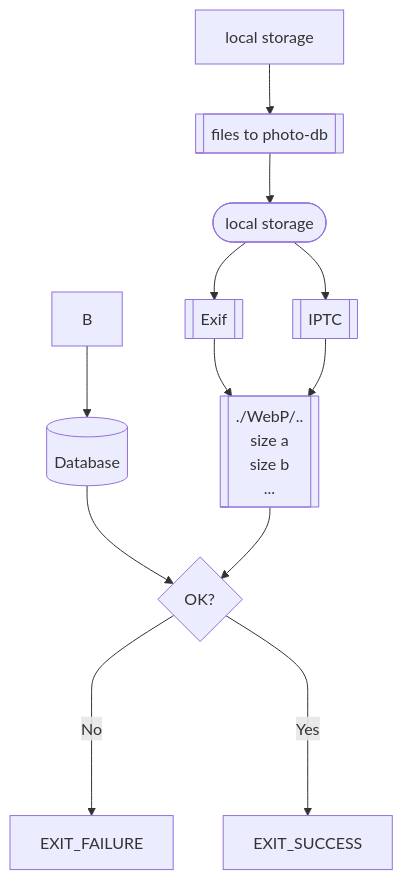
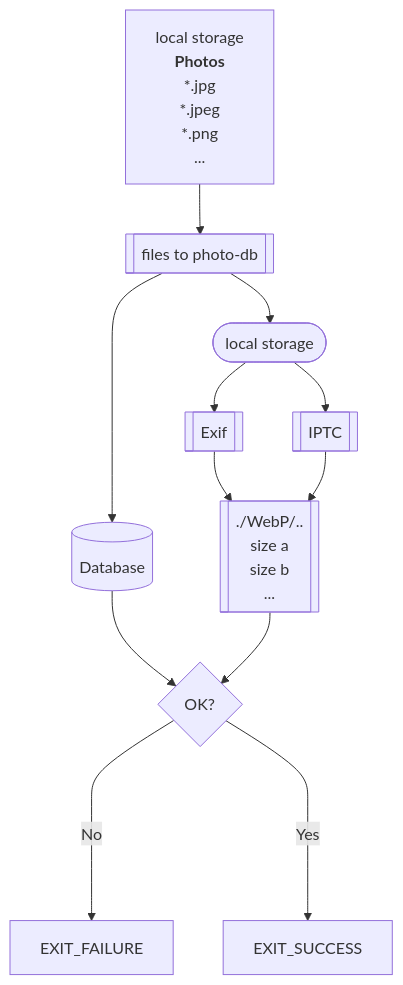
Before and after one commit to Zheng-Bote/qt_files_photo-gallery: the first of 6 diagrams in README.md, drawn with Mermaid. The commit also changed other lines of this file, not shown here.

Commit message:
upd: Mermaid

````diff
--- a/README.md
+++ b/README.md
@@ -316,14 +310,19 @@
 ```mermaid
 flowchart TD;
-  A[local storage] --> P[[files to photo-db]]
+  A["`local storage
+  **Photos**
+  *.jpg
+  *.jpeg
+  *.png
+  ...`"] --> P[[files to photo-db]]
   P --> S([local storage])
   S --> E[[Exif]] & I[[IPTC]] --> W[["`./WebP/..
   size a
   size b
   ...`"]]
-  B --> D[(Database)]
+  P --> D[(Database)]
   D --> C{OK?}
   W --> C{OK?}
   C ---->|No| F[EXIT_FAILURE]
   C ---->|Yes| O[EXIT_SUCCESS]
 ```
````
